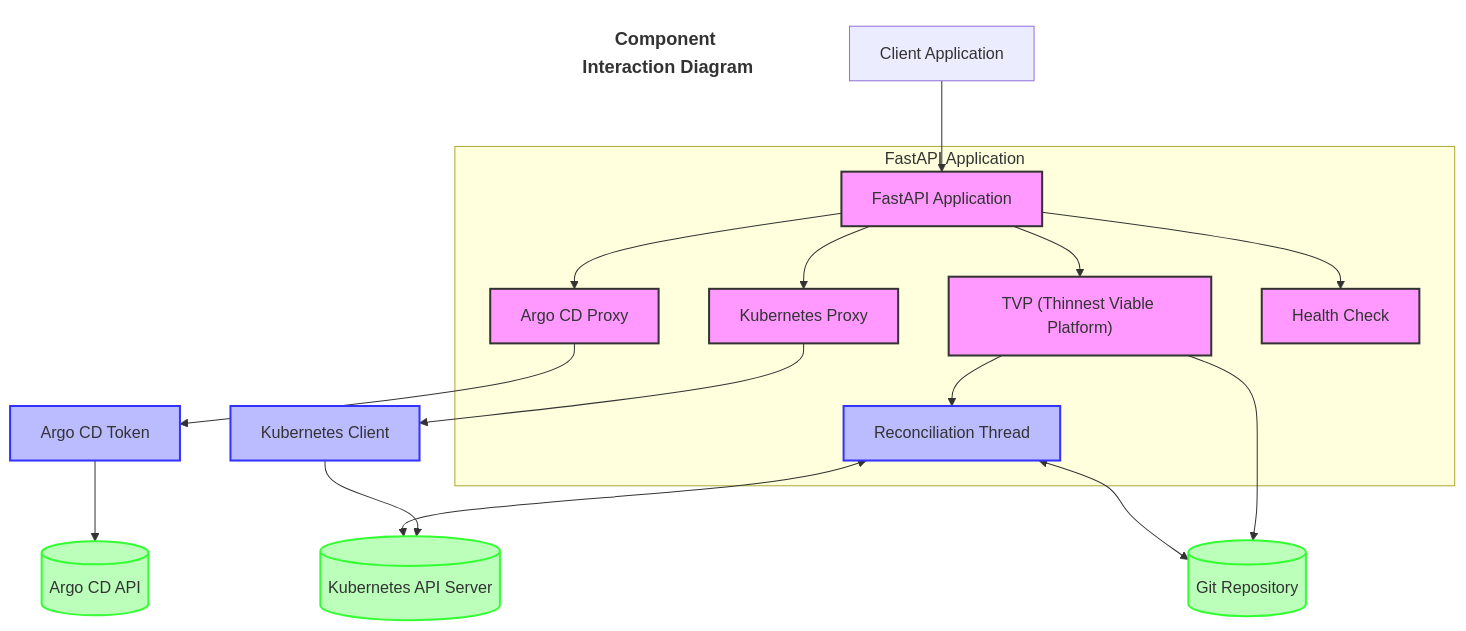
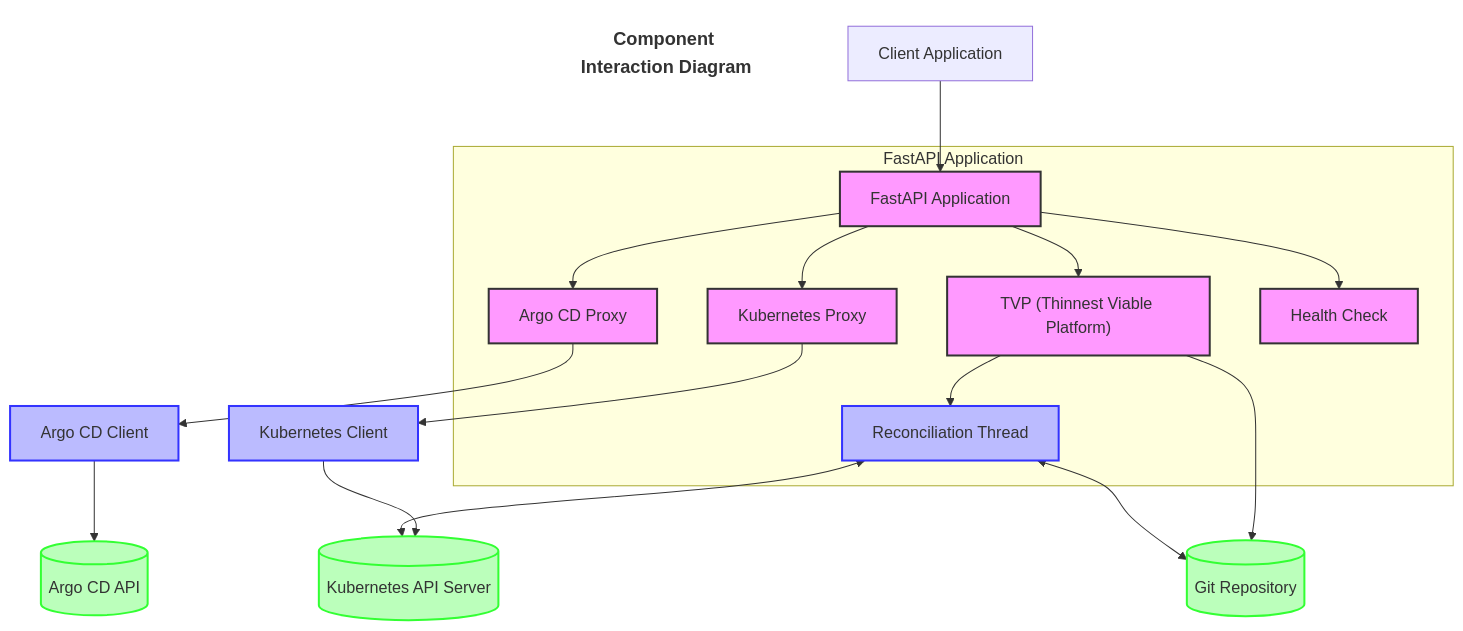
The fourth of 11 diagrams in README.md (lloydchang/tvp-k8s), drawn with Mermaid before and after one commit.

````diff
--- a/README.md
+++ b/README.md
@@ -439,31 +439,31 @@
 ```mermaid
 flowchart TB
     title[Component Interaction Diagram]
     style title fill:none,stroke:none,font-size:18px,font-weight:bold
     Client[Client Application] --> API[FastAPI Application]
     
     subgraph "FastAPI Application"
         API --> KR[Kubernetes Proxy]
         API --> AR[Argo CD Proxy]
         API --> TR["TVP (Thinnest Viable Platform)"]
         API --> Health[Health Check]
         TR --> RT[Reconciliation Thread]
     end
     
     KR --> KC[Kubernetes Client]
-    AR --> AT[Argo CD Token]
+    AR --> AT[Argo CD Client]
     TR --> GitRepo[(Git Repository)]
     
     KC --> Kubernetes[(Kubernetes API Server)]
     AT --> ArgoCD[(Argo CD API)]
     RT <--> GitRepo
     RT <--> Kubernetes
     
     classDef component fill:#f9f,stroke:#333,stroke-width:2px
     classDef api fill:#bbf,stroke:#33f,stroke-width:2px
     classDef external fill:#bfb,stroke:#3f3,stroke-width:2px
     
     class API,KR,AR,TR,Health component
     class KC,AT,RT api
     class Kubernetes,ArgoCD,GitRepo external
 ```
````
